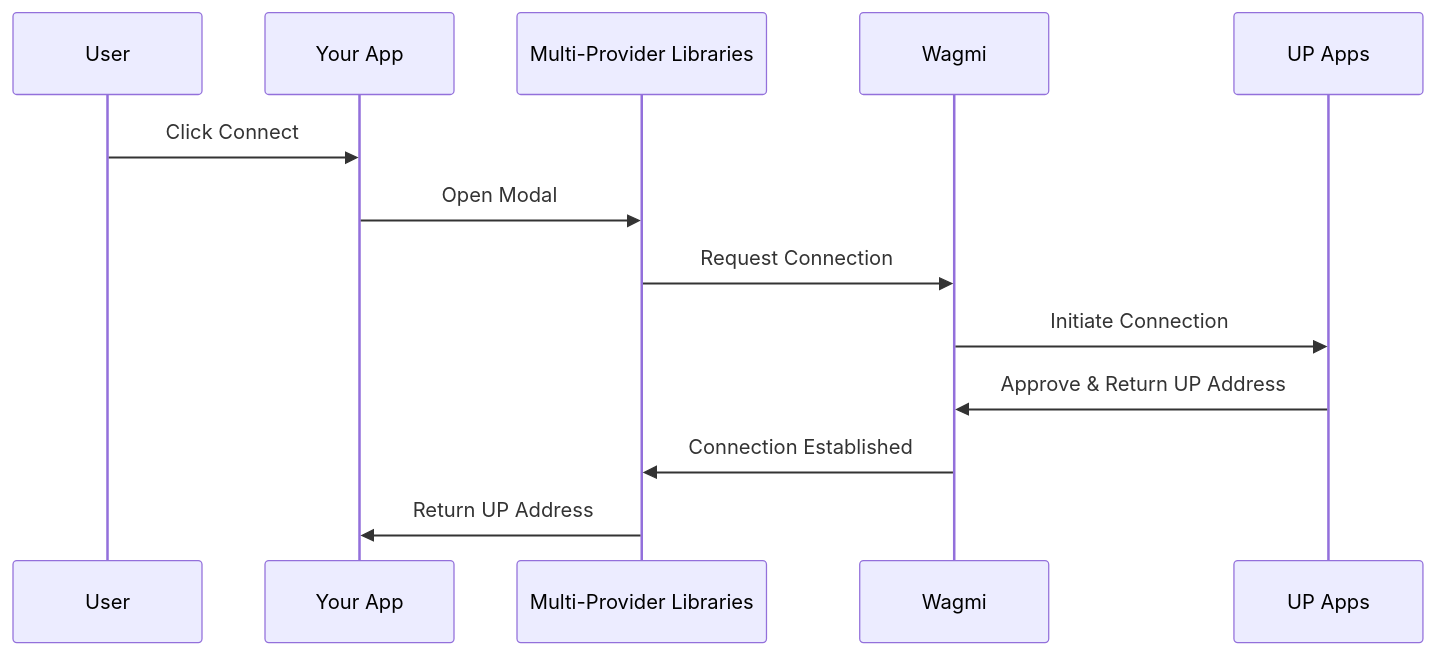
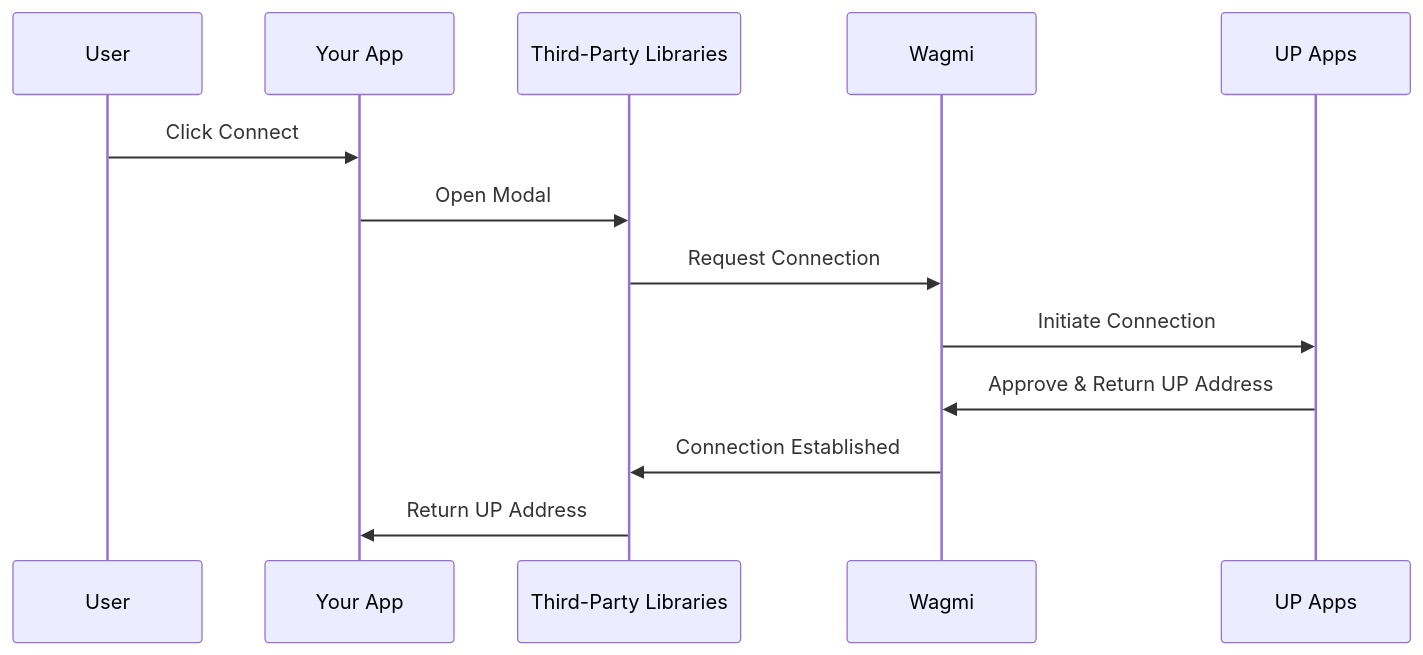
One commit to lukso-network/docs changed the diagram in docs/learn/universal-profile/connect-profile/connect-up.md. Above: the diagram before and after it, drawn with Mermaid. The commit also changed other lines of this file and 3 other files, not shown here.

````diff
--- a/docs/learn/universal-profile/connect-profile/connect-up.md
+++ b/docs/learn/universal-profile/connect-profile/connect-up.md
@@ -55,16 +68,16 @@
 ```mermaid
 sequenceDiagram
     participant User
     participant Your App
-    participant Multi-Provider Libraries
+    participant Third-Party Libraries
     participant Wagmi
     participant UP Apps
 
     User->>Your App: Click Connect
-    Your App->>Multi-Provider Libraries: Open Modal
-    Multi-Provider Libraries->>Wagmi: Request Connection
+    Your App->>Third-Party Libraries: Open Modal
+    Third-Party Libraries->>Wagmi: Request Connection
     Wagmi->>UP Apps: Initiate Connection
     UP Apps->>Wagmi: Approve & Return UP Address
-    Wagmi->>Multi-Provider Libraries: Connection Established
-    Multi-Provider Libraries->>Your App: Return UP Address
+    Wagmi->>Third-Party Libraries: Connection Established
+    Third-Party Libraries->>Your App: Return UP Address
 ```
````
